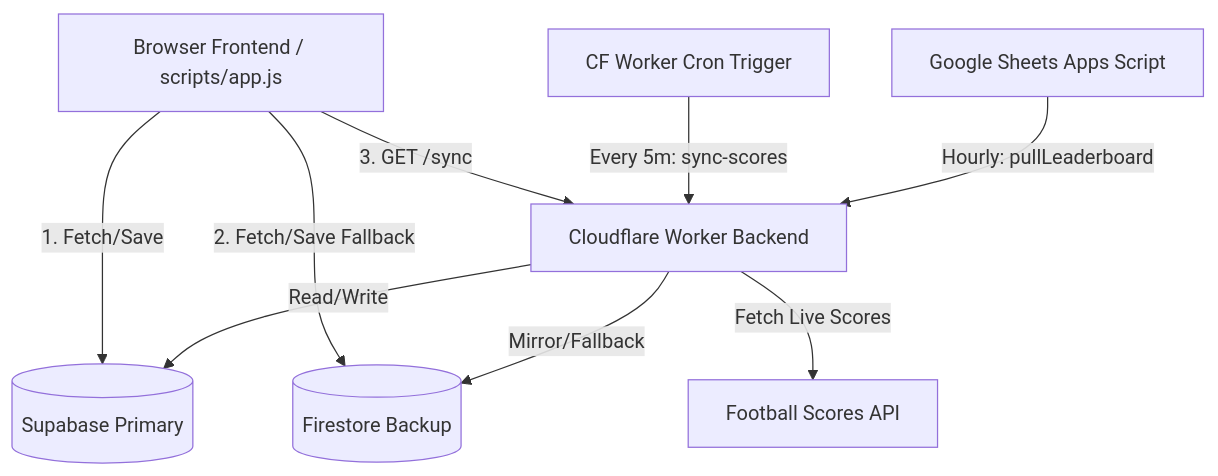
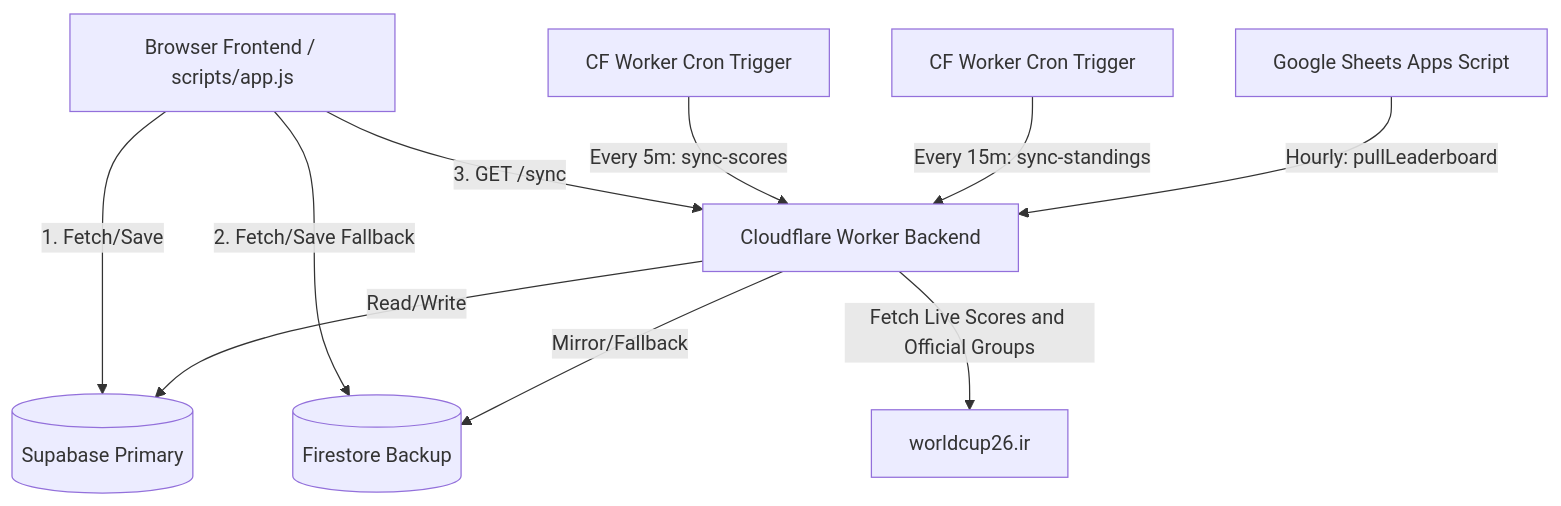
The diagram in docs/ARCHITECTURE.md (bennnnnnyyyyyyyy/ggowcpredictor), drawn with Mermaid before and after one commit. The commit also changed other lines of this file and 11 other files, not shown here.

````diff
--- a/docs/ARCHITECTURE.md
+++ b/docs/ARCHITECTURE.md
@@ -8,15 +8,16 @@
 ```mermaid
 graph TD
     Client[Browser Frontend / scripts/app.js] -->|1. Fetch/Save| Supabase[(Supabase Primary)]
     Client -->|2. Fetch/Save Fallback| Firestore[(Firestore Backup)]
     Client -->|3. GET /sync| Worker[Cloudflare Worker Backend]
     
     Worker -->|Read/Write| Supabase
     Worker -->|Mirror/Fallback| Firestore
     
-    Cron[CF Worker Cron Trigger] -->|Every 5m: sync-scores| Worker
+    CronScores[CF Worker Cron Trigger] -->|Every 5m: sync-scores| Worker
+    CronStandings[CF Worker Cron Trigger] -->|Every 15m: sync-standings| Worker
     
-    Worker -->|Fetch Live Scores| API[Football Scores API]
+    Worker -->|Fetch Live Scores and Official Groups| API[worldcup26.ir]
     
     Sheet[Google Sheets Apps Script] -->|Hourly: pullLeaderboard| Worker
 ```
````
